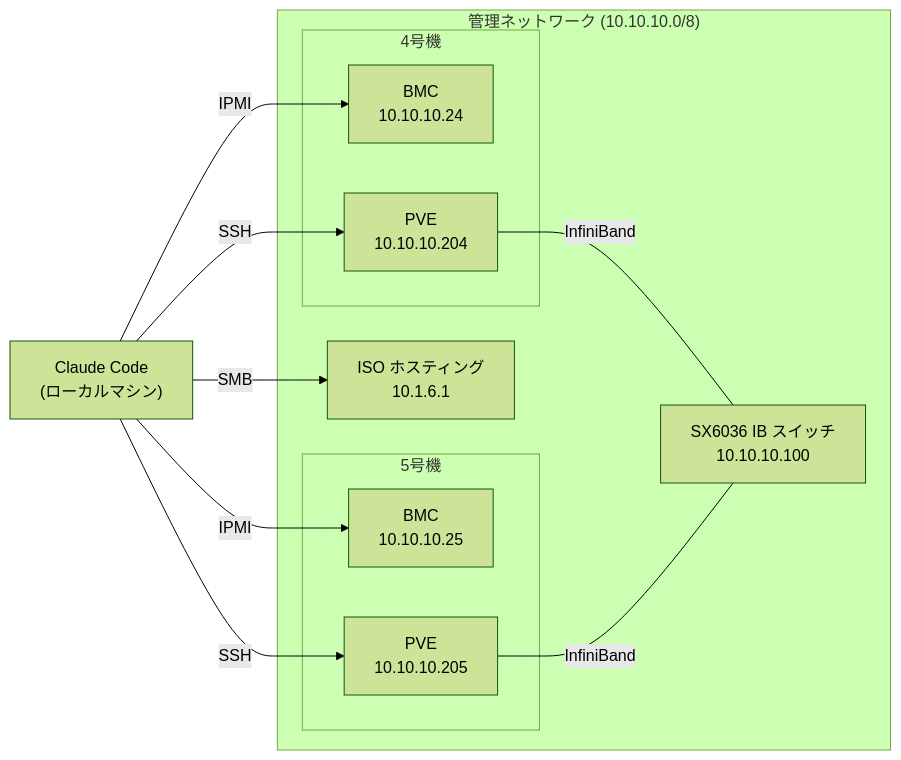
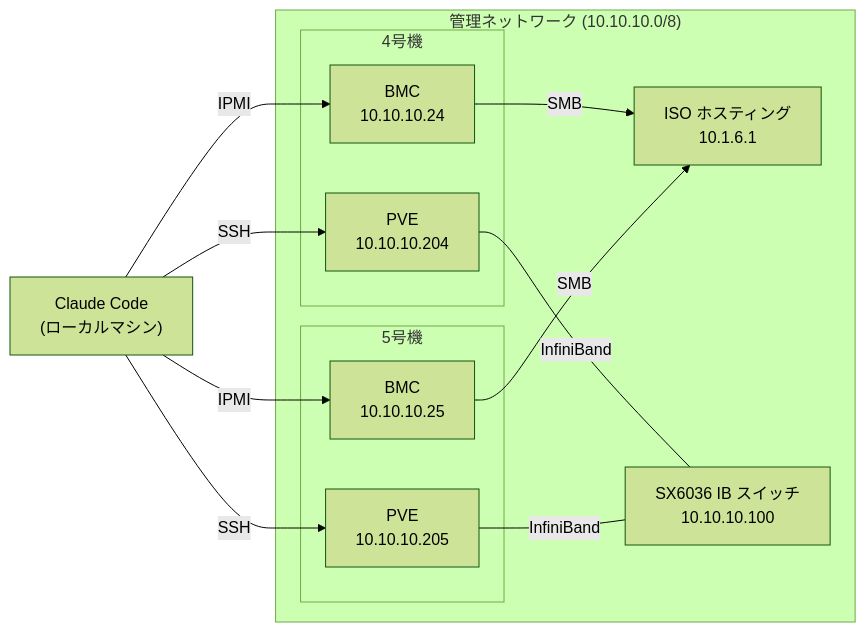
One commit to miminashi/pvese changed the diagram in README.md. Above: the diagram before and after it, drawn with Mermaid (forest theme).

Commit message:
Fix SMB connection source in Mermaid network diagram
SMB (ISO hosting) is accessed by BMCs for virtual media mount,
not by the local machine. Change arrows to originate from BMC4/BMC5.

````diff
--- a/README.md
+++ b/README.md
@@ -81,25 +81,26 @@
 ```mermaid
 graph LR
     CC["Claude Code<br/>(ローカルマシン)"]
 
     subgraph mgmt["管理ネットワーク (10.10.10.0/8)"]
         subgraph srv4["4号機"]
             BMC4["BMC<br/>10.10.10.24"]
             PVE4["PVE<br/>10.10.10.204"]
         end
         subgraph srv5["5号機"]
             BMC5["BMC<br/>10.10.10.25"]
             PVE5["PVE<br/>10.10.10.205"]
         end
         SMB["ISO ホスティング<br/>10.1.6.1"]
         IB["SX6036 IB スイッチ<br/>10.10.10.100"]
     end
 
     CC -- "SSH" --> PVE4
     CC -- "SSH" --> PVE5
     CC -- "IPMI" --> BMC4
     CC -- "IPMI" --> BMC5
-    CC -- "SMB" --> SMB
+    BMC4 -- "SMB" --> SMB
+    BMC5 -- "SMB" --> SMB
     PVE4 -- "InfiniBand" --- IB
     PVE5 -- "InfiniBand" --- IB
 ```
````
